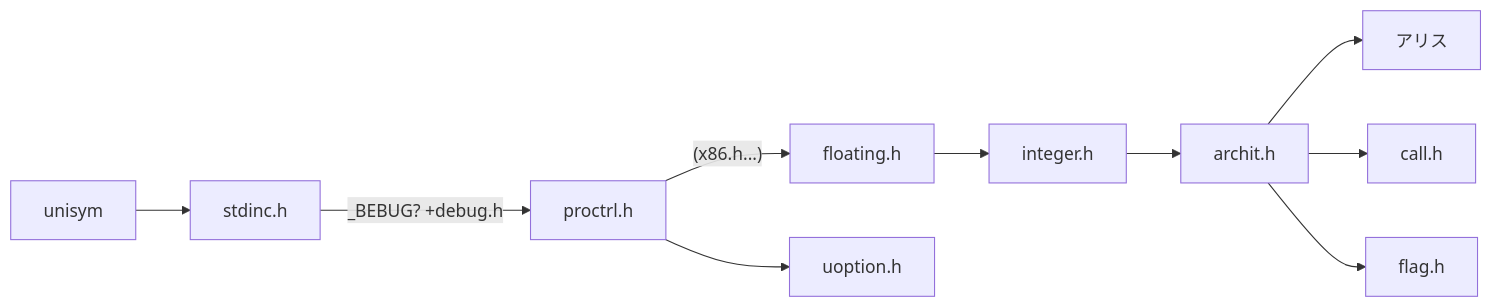
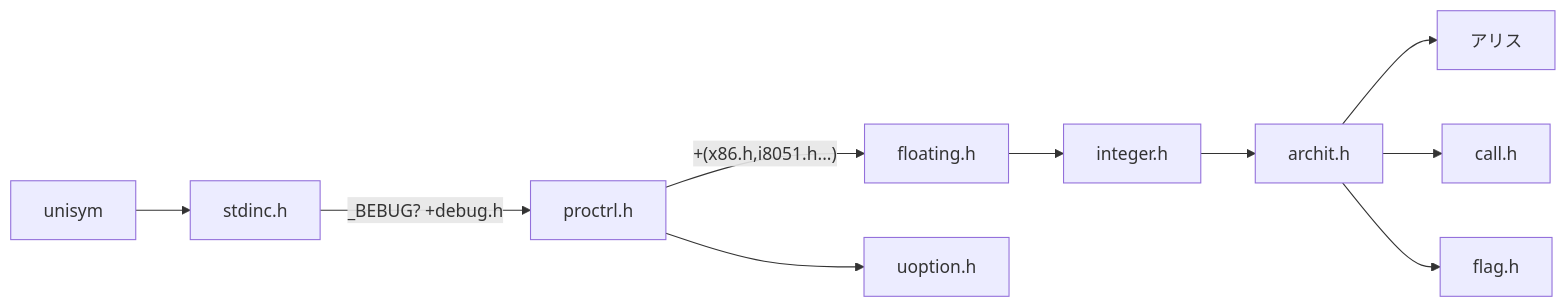
Before and after one commit to ArinaMgk/unisym: the first of 3 diagrams in doc/www.unisym.org/en/6-Depend.md, drawn with Mermaid. The commit also changed other lines of this file and 50 other files, not shown here.

````diff
--- a/doc/www.unisym.org/en/6-Depend.md
+++ b/doc/www.unisym.org/en/6-Depend.md
@@ -45,14 +69,14 @@
 ```mermaid
 graph LR
 	alice[アリス]
 	arch[archit.h]
 	arch-->alice
 	arch-->calling[call.h]
 	arch-->flag.h
 	proctrl[proctrl.h]
-	proctrl--(x86.h...)-->floating.h-->integer.h-->arch
+	proctrl--+(x86.h,i8051.h...)-->floating.h-->integer.h-->arch
 	proctrl-->uoption.h
 	stdinc[stdinc.h]
 	stdinc--"_BEBUG? +debug.h"-->proctrl
 	unisym-->stdinc
 ```
````
